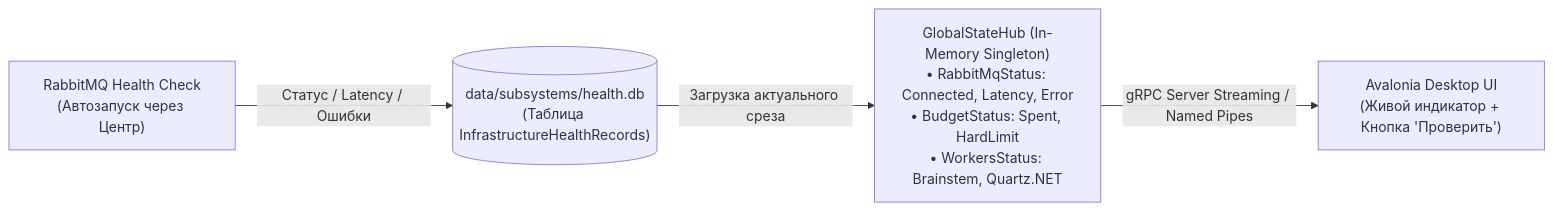
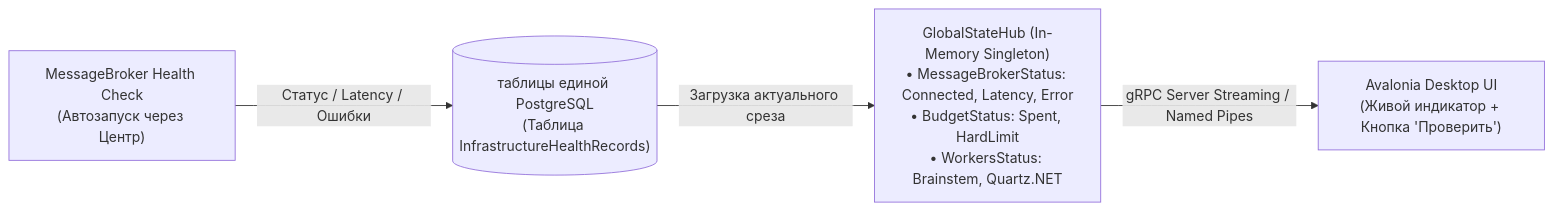
The diagram in docs/plans/initial_arch/09-data-protection-and-state-hub.md (abberdeen/CyberPipe), drawn with Mermaid before and after one commit. The commit also changed other lines of this file and 17 other files, not shown here.

````diff
--- a/docs/plans/initial_arch/09-data-protection-and-state-hub.md
+++ b/docs/plans/initial_arch/09-data-protection-and-state-hub.md
@@ -186,6 +186,6 @@
 ```mermaid
 flowchart LR
-    RMQ["RabbitMQ Health Check<br/>(Автозапуск через Центр)"] -->|Статус / Latency / Ошибки| DB[("data/subsystems/health.db<br/>(Таблица InfrastructureHealthRecords)")]
-    DB -->|Загрузка актуального среза| Hub["GlobalStateHub (In-Memory Singleton)<br/>• RabbitMqStatus: Connected, Latency, Error<br/>• BudgetStatus: Spent, HardLimit<br/>• WorkersStatus: Brainstem, Quartz.NET"]
+    RMQ["MessageBroker Health Check<br/>(Автозапуск через Центр)"] -->|Статус / Latency / Ошибки| DB[("таблицы единой PostgreSQL<br/>(Таблица InfrastructureHealthRecords)")]
+    DB -->|Загрузка актуального среза| Hub["GlobalStateHub (In-Memory Singleton)<br/>• MessageBrokerStatus: Connected, Latency, Error<br/>• BudgetStatus: Spent, HardLimit<br/>• WorkersStatus: Brainstem, Quartz.NET"]
     Hub -->|gRPC Server Streaming / Named Pipes| UI["Avalonia Desktop UI<br/>(Живой индикатор + Кнопка 'Проверить')"]
 ```
````
